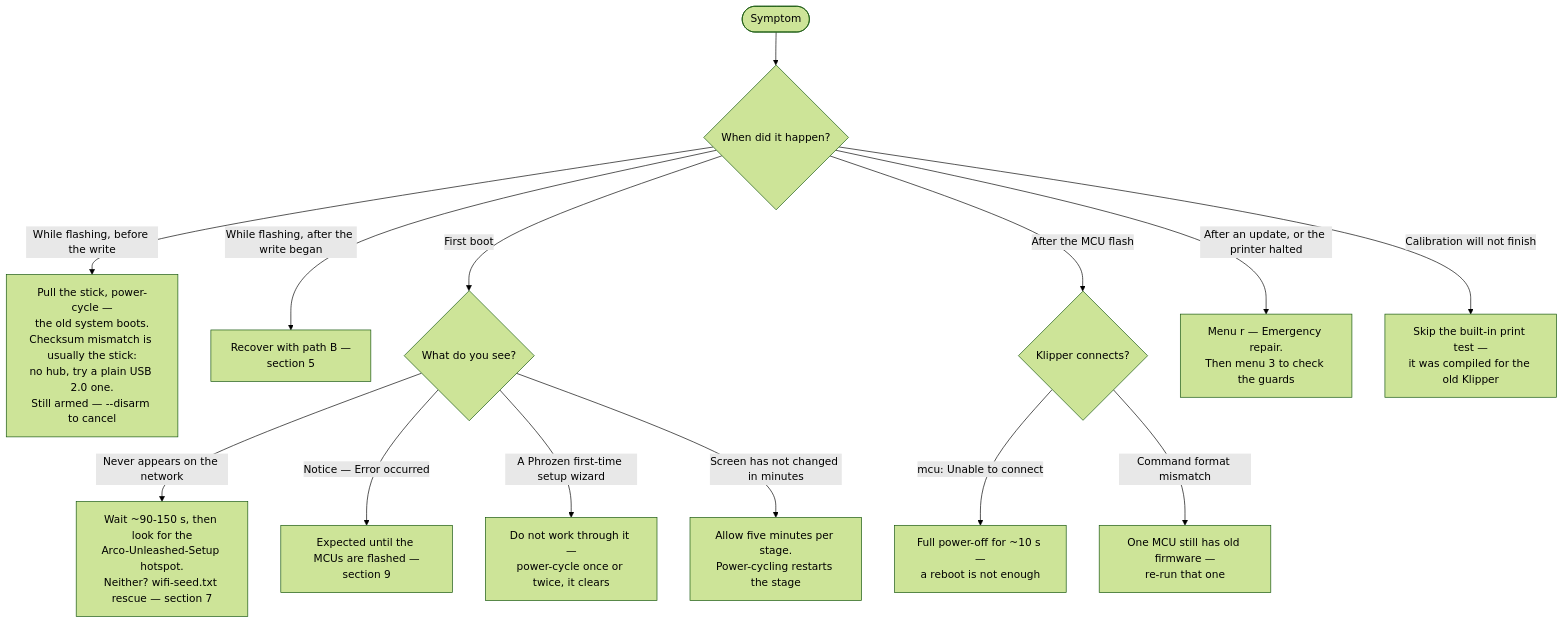
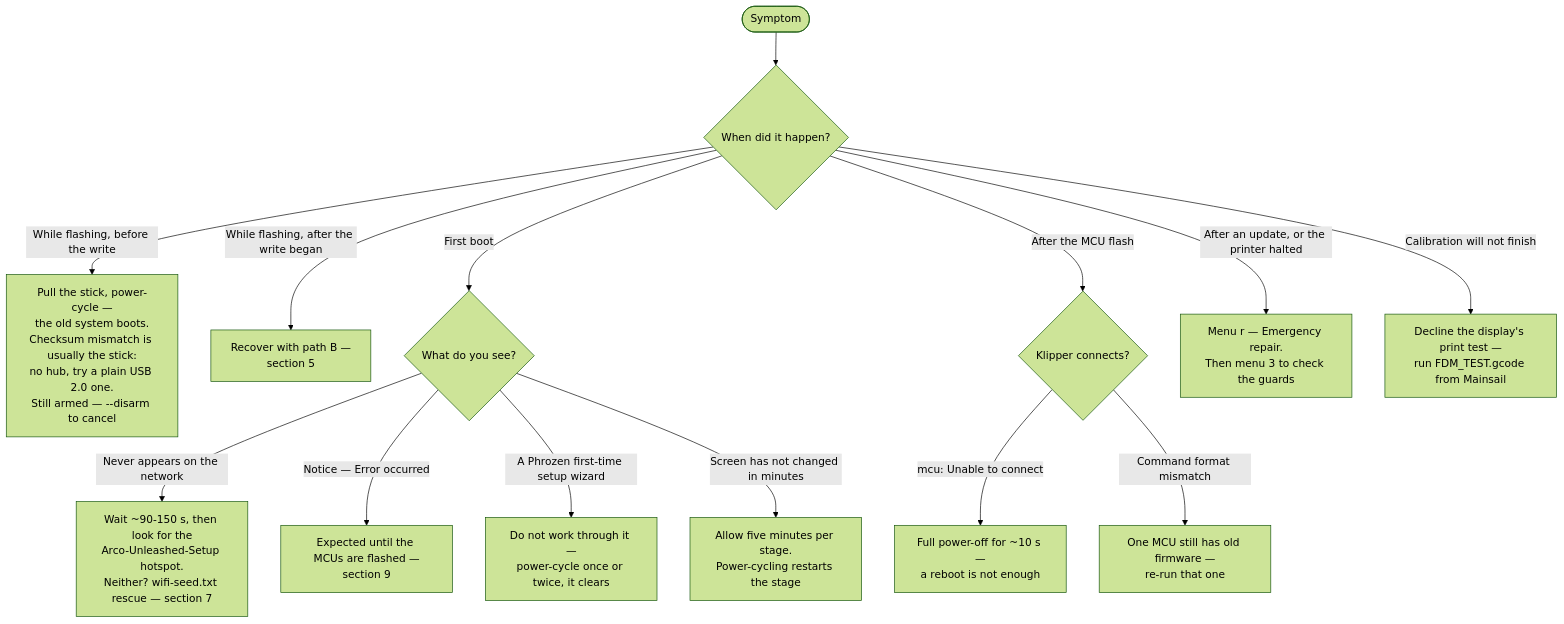
Before and after one commit to solutionphil/arco-unleashed: diagram 16 of 16 in INSTALL-FLOWCHARTS.md, drawn with Mermaid (forest theme). The commit also changed other lines of this file and 2 other files, not shown here.

Commit message:
Retire a warning the manual had already withdrawn
QUICKSTART and both flowchart nodes still told readers the bundled print test "was compiled for
the old Klipper and cannot run". MANUAL says the opposite, in as many words: "The old warning here
said the bundled file could not run at all. That is no longer true." This kit replaces both
built-in test prints with its own, and a guard puts them back after a Phrozen firmware update.

So the correction landed in the source and never reached the two documents derived from it. The
same drift as the duplicated G-code block, running the other way -- and nothing catches it: the
gates check anchors and step numbers, not whether a claim is still true.

Deleting it outright would have gone too far. What stalls is Phrozen's factory-reset print flow on
the display, which is untested, not the file. All three places now say what MANUAL says: decline
the display's offer, and start FDM_TEST.gcode from Mainsail if you want the test print, because
that route is verified. FDM_TEST.gcode is real -- assets/test-print/, rolled out by three scripts.

````diff
--- a/INSTALL-FLOWCHARTS.md
+++ b/INSTALL-FLOWCHARTS.md
@@ -538,20 +538,20 @@
 ```mermaid
 flowchart TD
     T(["Symptom"]) --> T1{"When did it happen?"}
 
     T1 -->|"While flashing, before the write"| S1["Pull the stick, power-cycle —<br/>the old system boots.<br/>Checksum mismatch is usually the stick:<br/>no hub, try a plain USB 2.0 one.<br/>Still armed — --disarm to cancel"]
     T1 -->|"While flashing, after the write began"| S2["Recover with path B —<br/>section 5"]
 
     T1 -->|"First boot"| B{"What do you see?"}
     B -->|"Never appears on the network"| B1["Wait ~90-150 s, then look for the<br/>Arco-Unleashed-Setup hotspot.<br/>Neither? wifi-seed.txt rescue — section 7"]
     B -->|"Notice — Error occurred"| B2["Expected until the MCUs are flashed —<br/>section 9"]
     B -->|"A Phrozen first-time setup wizard"| B3["Do not work through it —<br/>power-cycle once or twice, it clears"]
     B -->|"Screen has not changed in minutes"| B4["Allow five minutes per stage.<br/>Power-cycling restarts the stage"]
 
     T1 -->|"After the MCU flash"| M{"Klipper connects?"}
     M -->|"mcu: Unable to connect"| M1["Full power-off for ~10 s —<br/>a reboot is not enough"]
     M -->|"Command format mismatch"| M2["One MCU still has old firmware —<br/>re-run that one"]
 
     T1 -->|"After an update, or the printer halted"| U1["Menu r — Emergency repair.<br/>Then menu 3 to check the guards"]
-    T1 -->|"Calibration will not finish"| C1["Skip the built-in print test —<br/>it was compiled for the old Klipper"]
+    T1 -->|"Calibration will not finish"| C1["Decline the display's print test —<br/>run FDM_TEST.gcode from Mainsail"]
 ```
````
